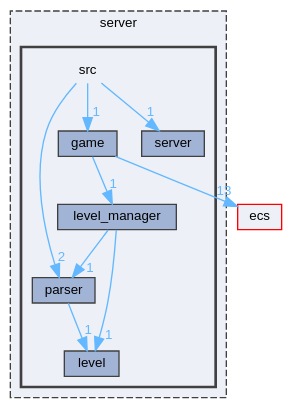
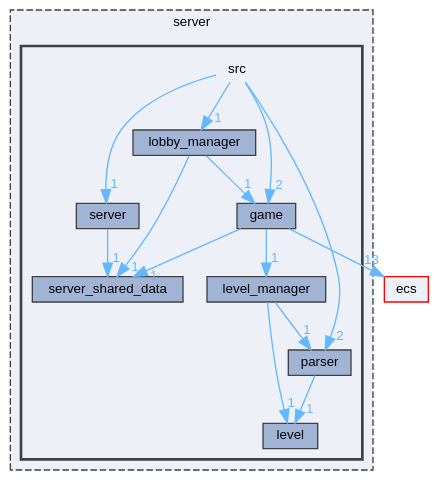
One commit to Houpsi/R-Type changed the diagram in dir_a063914ab482288b7b0e1b2fca86158c_dep.dot. Above: the diagram before and after it, drawn with Graphviz. The commit also changed 359 other files, not shown here.

```diff
--- a/dir_a063914ab482288b7b0e1b2fca86158c_dep.dot
+++ b/dir_a063914ab482288b7b0e1b2fca86158c_dep.dot
@@ -1,29 +1,36 @@
 digraph "server/src"
 {
  // LATEX_PDF_SIZE
   bgcolor="transparent";
   edge [fontname=Helvetica,fontsize=10,labelfontname=Helvetica,labelfontsize=10];
   node [fontname=Helvetica,fontsize=10,shape=box,height=0.2,width=0.4];
   compound=true
   subgraph clusterdir_41e1742e44e2de38b3bc91f993fed282 {
     graph [ bgcolor="#edf0f7", pencolor="grey25", label="server", fontname=Helvetica,fontsize=10 style="filled,dashed", URL="dir_41e1742e44e2de38b3bc91f993fed282.html",tooltip=""]
   subgraph clusterdir_a063914ab482288b7b0e1b2fca86158c {
     graph [ bgcolor="#edf0f7", pencolor="grey25", label="", fontname=Helvetica,fontsize=10 style="filled,bold", URL="dir_a063914ab482288b7b0e1b2fca86158c.html",tooltip=""]
     dir_a063914ab482288b7b0e1b2fca86158c [shape=plaintext, label="src"];
   dir_e6b7ec297778ed9f03d97c98d106236d [label="game", fillcolor="#a2b4d6", color="grey25", style="filled", URL="dir_e6b7ec297778ed9f03d97c98d106236d.html",tooltip=""];
   dir_bb42df2f0e903765673454be575ec619 [label="level", fillcolor="#a2b4d6", color="grey25", style="filled", URL="dir_bb42df2f0e903765673454be575ec619.html",tooltip=""];
   dir_1a61ab1baf9342b4b0090bc39c8718b8 [label="level_manager", fillcolor="#a2b4d6", color="grey25", style="filled", URL="dir_1a61ab1baf9342b4b0090bc39c8718b8.html",tooltip=""];
+  dir_dc6f54b79483f9ea94549115b8465e91 [label="lobby_manager", fillcolor="#a2b4d6", color="grey25", style="filled", URL="dir_dc6f54b79483f9ea94549115b8465e91.html",tooltip=""];
   dir_0d2bd8aef9a1d5e03f22ed5477f85ed5 [label="parser", fillcolor="#a2b4d6", color="grey25", style="filled", URL="dir_0d2bd8aef9a1d5e03f22ed5477f85ed5.html",tooltip=""];
   dir_79d66a5bc5e2c314a2c5007d4cb52c17 [label="server", fillcolor="#a2b4d6", color="grey25", style="filled", URL="dir_79d66a5bc5e2c314a2c5007d4cb52c17.html",tooltip=""];
+  dir_750895f871de6972115ebd7099323fe5 [label="server_shared_data", fillcolor="#a2b4d6", color="grey25", style="filled", URL="dir_750895f871de6972115ebd7099323fe5.html",tooltip=""];
   }
   }
   dir_eafb92770fbc727220bdaa0b1292f771 [label="ecs", fillcolor="#edf0f7", color="red", style="filled", URL="dir_eafb92770fbc727220bdaa0b1292f771.html",tooltip=""];
-  dir_a063914ab482288b7b0e1b2fca86158c->dir_0d2bd8aef9a1d5e03f22ed5477f85ed5 [headlabel="2", labeldistance=1.5 headhref="dir_000009_000005.html" href="dir_000009_000005.html" color="steelblue1" fontcolor="steelblue1"];
-  dir_a063914ab482288b7b0e1b2fca86158c->dir_79d66a5bc5e2c314a2c5007d4cb52c17 [headlabel="1", labeldistance=1.5 headhref="dir_000009_000007.html" href="dir_000009_000007.html" color="steelblue1" fontcolor="steelblue1"];
-  dir_a063914ab482288b7b0e1b2fca86158c->dir_e6b7ec297778ed9f03d97c98d106236d [headlabel="1", labeldistance=1.5 headhref="dir_000009_000002.html" href="dir_000009_000002.html" color="steelblue1" fontcolor="steelblue1"];
+  dir_a063914ab482288b7b0e1b2fca86158c->dir_0d2bd8aef9a1d5e03f22ed5477f85ed5 [headlabel="2", labeldistance=1.5 headhref="dir_000011_000006.html" href="dir_000011_000006.html" color="steelblue1" fontcolor="steelblue1"];
+  dir_a063914ab482288b7b0e1b2fca86158c->dir_79d66a5bc5e2c314a2c5007d4cb52c17 [headlabel="1", labeldistance=1.5 headhref="dir_000011_000008.html" href="dir_000011_000008.html" color="steelblue1" fontcolor="steelblue1"];
+  dir_a063914ab482288b7b0e1b2fca86158c->dir_dc6f54b79483f9ea94549115b8465e91 [headlabel="1", labeldistance=1.5 headhref="dir_000011_000005.html" href="dir_000011_000005.html" color="steelblue1" fontcolor="steelblue1"];
+  dir_a063914ab482288b7b0e1b2fca86158c->dir_e6b7ec297778ed9f03d97c98d106236d [headlabel="2", labeldistance=1.5 headhref="dir_000011_000002.html" href="dir_000011_000002.html" color="steelblue1" fontcolor="steelblue1"];
   dir_e6b7ec297778ed9f03d97c98d106236d->dir_1a61ab1baf9342b4b0090bc39c8718b8 [headlabel="1", labeldistance=1.5 headhref="dir_000002_000004.html" href="dir_000002_000004.html" color="steelblue1" fontcolor="steelblue1"];
+  dir_e6b7ec297778ed9f03d97c98d106236d->dir_750895f871de6972115ebd7099323fe5 [headlabel="1", labeldistance=1.5 headhref="dir_000002_000009.html" href="dir_000002_000009.html" color="steelblue1" fontcolor="steelblue1"];
   dir_e6b7ec297778ed9f03d97c98d106236d->dir_eafb92770fbc727220bdaa0b1292f771 [headlabel="13", labeldistance=1.5 headhref="dir_000002_000001.html" href="dir_000002_000001.html" color="steelblue1" fontcolor="steelblue1"];
-  dir_1a61ab1baf9342b4b0090bc39c8718b8->dir_0d2bd8aef9a1d5e03f22ed5477f85ed5 [headlabel="1", labeldistance=1.5 headhref="dir_000004_000005.html" href="dir_000004_000005.html" color="steelblue1" fontcolor="steelblue1"];
+  dir_1a61ab1baf9342b4b0090bc39c8718b8->dir_0d2bd8aef9a1d5e03f22ed5477f85ed5 [headlabel="1", labeldistance=1.5 headhref="dir_000004_000006.html" href="dir_000004_000006.html" color="steelblue1" fontcolor="steelblue1"];
   dir_1a61ab1baf9342b4b0090bc39c8718b8->dir_bb42df2f0e903765673454be575ec619 [headlabel="1", labeldistance=1.5 headhref="dir_000004_000003.html" href="dir_000004_000003.html" color="steelblue1" fontcolor="steelblue1"];
-  dir_0d2bd8aef9a1d5e03f22ed5477f85ed5->dir_bb42df2f0e903765673454be575ec619 [headlabel="1", labeldistance=1.5 headhref="dir_000005_000003.html" href="dir_000005_000003.html" color="steelblue1" fontcolor="steelblue1"];
+  dir_dc6f54b79483f9ea94549115b8465e91->dir_750895f871de6972115ebd7099323fe5 [headlabel="1", labeldistance=1.5 headhref="dir_000005_000009.html" href="dir_000005_000009.html" color="steelblue1" fontcolor="steelblue1"];
+  dir_dc6f54b79483f9ea94549115b8465e91->dir_e6b7ec297778ed9f03d97c98d106236d [headlabel="1", labeldistance=1.5 headhref="dir_000005_000002.html" href="dir_000005_000002.html" color="steelblue1" fontcolor="steelblue1"];
+  dir_0d2bd8aef9a1d5e03f22ed5477f85ed5->dir_bb42df2f0e903765673454be575ec619 [headlabel="1", labeldistance=1.5 headhref="dir_000006_000003.html" href="dir_000006_000003.html" color="steelblue1" fontcolor="steelblue1"];
+  dir_79d66a5bc5e2c314a2c5007d4cb52c17->dir_750895f871de6972115ebd7099323fe5 [headlabel="1", labeldistance=1.5 headhref="dir_000008_000009.html" href="dir_000008_000009.html" color="steelblue1" fontcolor="steelblue1"];
 }
```
